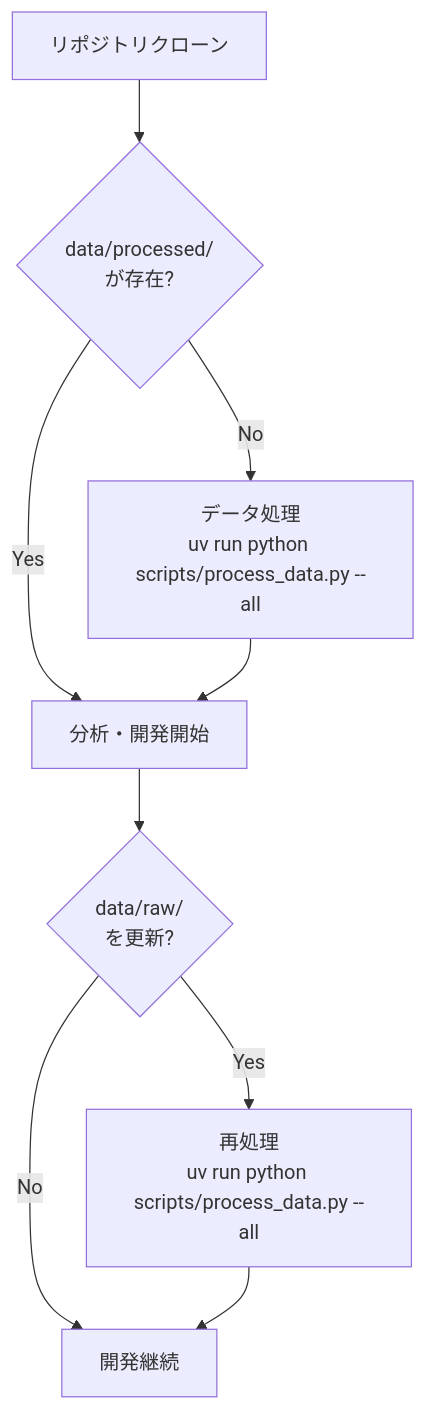
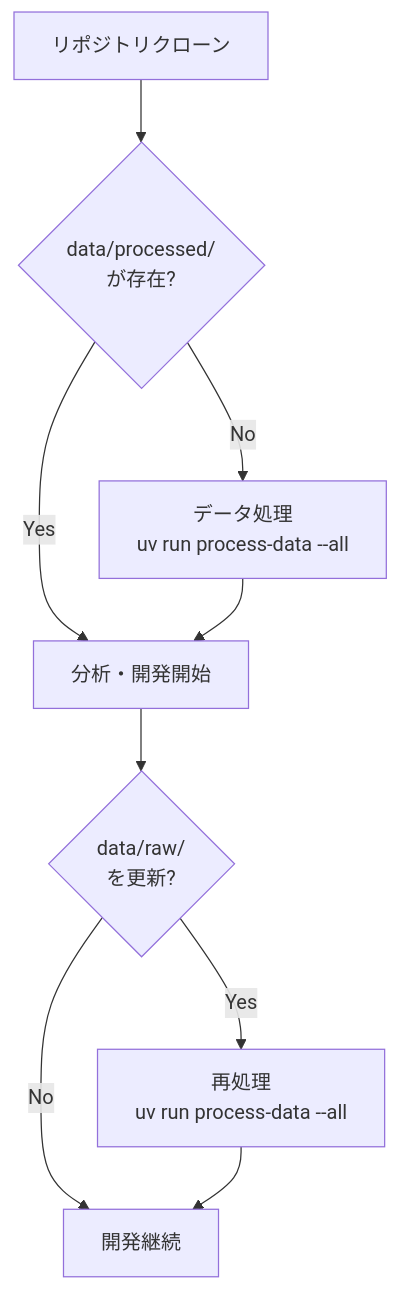
Before and after one commit to kambarakun/fetch-tokyo-idsc-github-actions: the third of 4 diagrams in docs/data_structure_design.md, drawn with Mermaid. The commit also changed other lines of this file and 20 other files, not shown here.

````diff
--- a/docs/data_structure_design.md
+++ b/docs/data_structure_design.md
@@ -235,12 +235,12 @@
 ```mermaid
 flowchart TD
     Clone[リポジトリクローン] --> CheckData{data/processed/<br/>が存在?}
-    CheckData -->|No| ProcessLocal[データ処理<br/>uv run python scripts/process_data.py --all]
+    CheckData -->|No| ProcessLocal[データ処理<br/>uv run process-data --all]
     CheckData -->|Yes| Analysis[分析・開発開始]
     ProcessLocal --> Analysis
 
     Analysis --> UpdateRaw{data/raw/<br/>を更新?}
-    UpdateRaw -->|Yes| Reprocess[再処理<br/>uv run python scripts/process_data.py --all]
+    UpdateRaw -->|Yes| Reprocess[再処理<br/>uv run process-data --all]
     UpdateRaw -->|No| Continue[開発継続]
     Reprocess --> Continue
 ```
````
